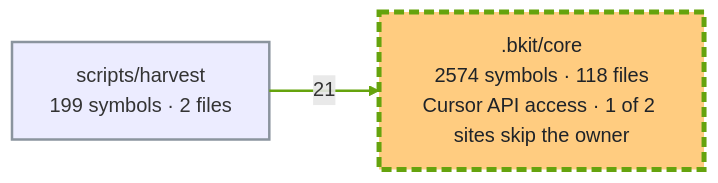
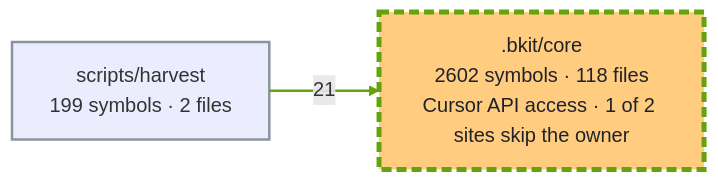
The second of 3 diagrams in docs/capabilities.md (cbartens/bkit), drawn with Mermaid before and after one commit. The commit also changed other lines of this file, not shown here.

Commit message:
docs: refresh capabilities graph after merging dev

````diff
--- a/docs/capabilities.md
+++ b/docs/capabilities.md
@@ -169,16 +169,16 @@
 ```mermaid
 ---
 config:
   layout: elk
   flowchart:
     useMaxWidth: false
 ---
 flowchart LR
-  %% Generated by bkit-graphify-rollup.py from 04f75734beec2812ab932510f25fc6b7d9677f23 — do not edit
-  n_bkit_core[".bkit/core<br/>2574 symbols · 118 files<br/>Cursor API access · 1 of 2 sites skip the owner"]
+  %% Generated by bkit-graphify-rollup.py from f603fd25fcf43f94a03b221ba30c5f27734c2d9c — do not edit
+  n_bkit_core[".bkit/core<br/>2602 symbols · 118 files<br/>Cursor API access · 1 of 2 sites skip the owner"]
   nscripts_harvest["scripts/harvest<br/>199 symbols · 2 files"]
   nscripts_harvest -->|21| n_bkit_core
   style n_bkit_core stroke:#65a30d,stroke-width:4px,stroke-dasharray:8 4,fill:#ffcc80,color:#1f2328
   style nscripts_harvest stroke:#8b949e,stroke-width:2px
   linkStyle 0 stroke:#65a30d,stroke-width:2px
 ```
````
